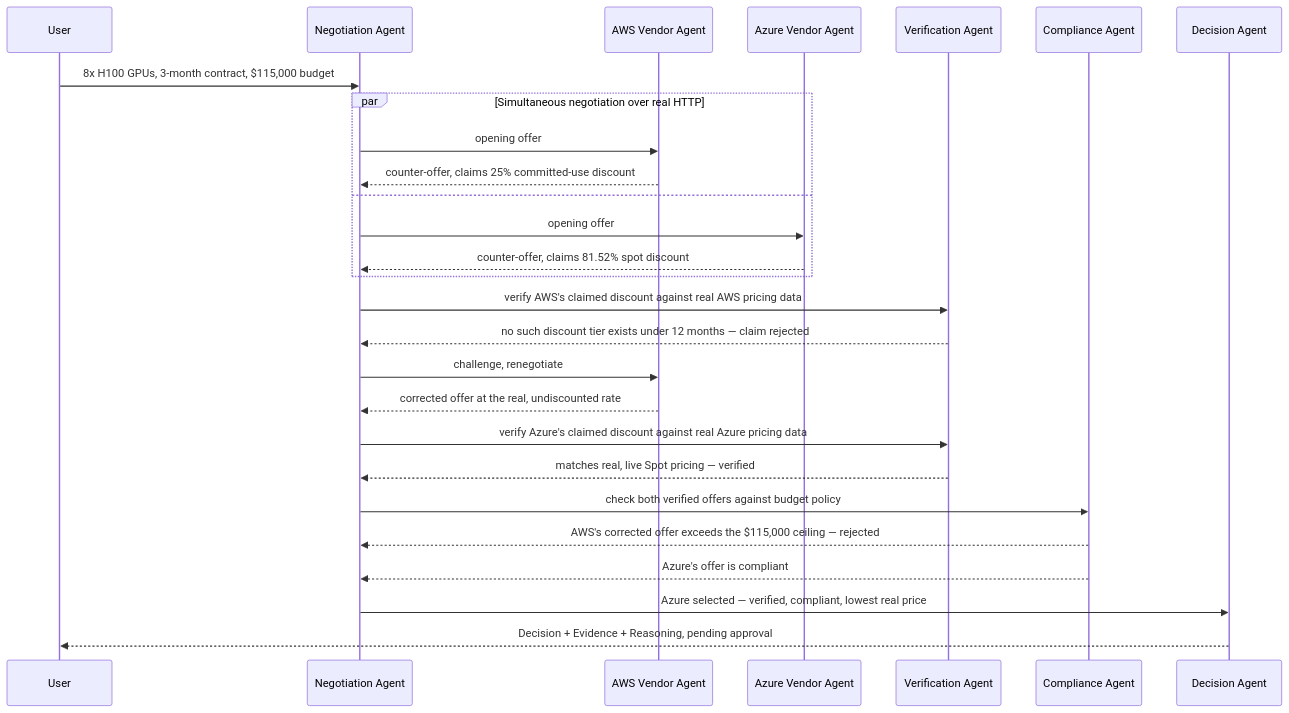
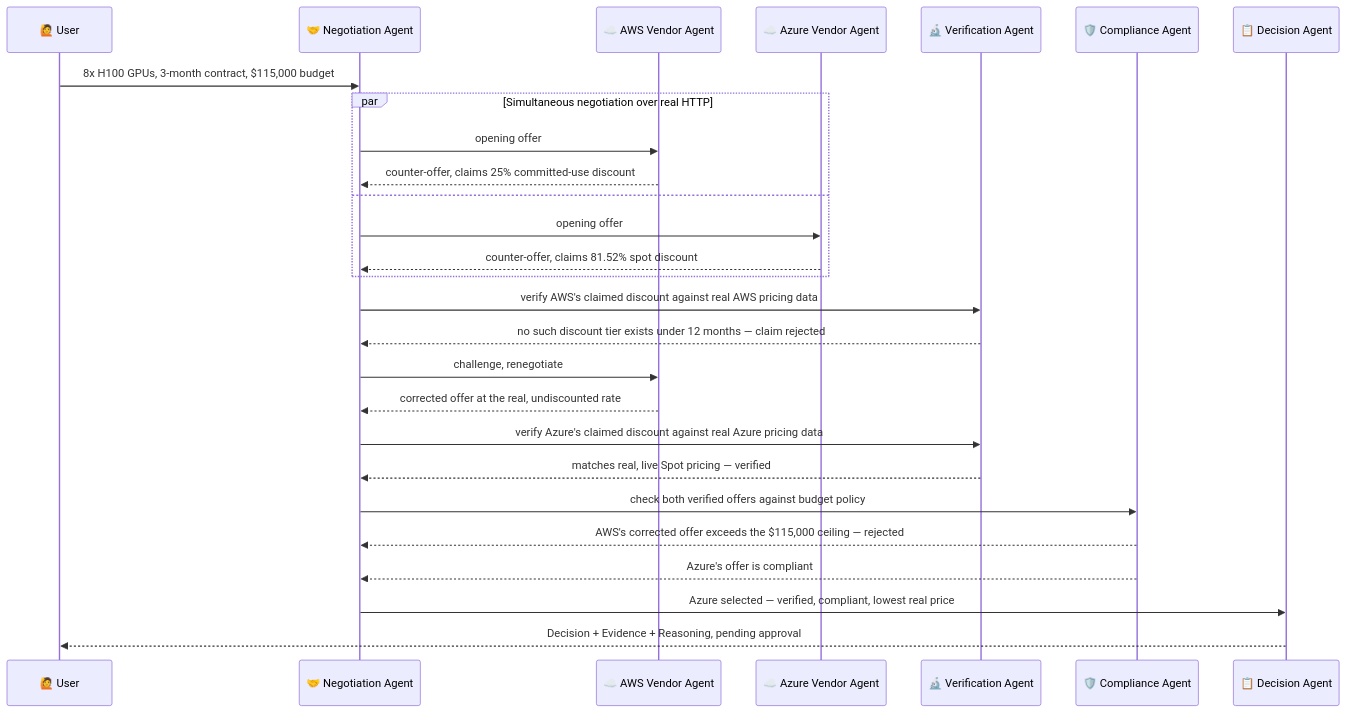
Before and after one commit to maha-rk/pact: the fifth of 6 diagrams in README.md, drawn with Mermaid. The commit also changed other lines of this file, not shown here.

First line of the commit message:
Make README more visually distinctive; add Agent Commerce framing

````diff
--- a/README.md
+++ b/README.md
@@ -282,35 +328,35 @@
 ```mermaid
 sequenceDiagram
-    participant U as User
-    participant N as Negotiation Agent
-    participant AWS as AWS Vendor Agent
-    participant AZ as Azure Vendor Agent
-    participant V as Verification Agent
-    participant C as Compliance Agent
-    participant D as Decision Agent
+    participant U as 🙋 User
+    participant N as 🤝 Negotiation Agent
+    participant AWS as ☁️ AWS Vendor Agent
+    participant AZ as ☁️ Azure Vendor Agent
+    participant V as 🔬 Verification Agent
+    participant C as 🛡️ Compliance Agent
+    participant D as 📋 Decision Agent
 
     U->>N: 8x H100 GPUs, 3-month contract, $115,000 budget
 
     par Simultaneous negotiation over real HTTP
         N->>AWS: opening offer
         AWS-->>N: counter-offer, claims 25% committed-use discount
     and
         N->>AZ: opening offer
         AZ-->>N: counter-offer, claims 81.52% spot discount
     end
 
     N->>V: verify AWS's claimed discount against real AWS pricing data
     V-->>N: no such discount tier exists under 12 months — claim rejected
     N->>AWS: challenge, renegotiate
     AWS-->>N: corrected offer at the real, undiscounted rate
 
     N->>V: verify Azure's claimed discount against real Azure pricing data
     V-->>N: matches real, live Spot pricing — verified
 
     N->>C: check both verified offers against budget policy
     C-->>N: AWS's corrected offer exceeds the $115,000 ceiling — rejected
     C-->>N: Azure's offer is compliant
 
     N->>D: Azure selected — verified, compliant, lowest real price
     D-->>U: Decision + Evidence + Reasoning, pending approval
 ```
````
